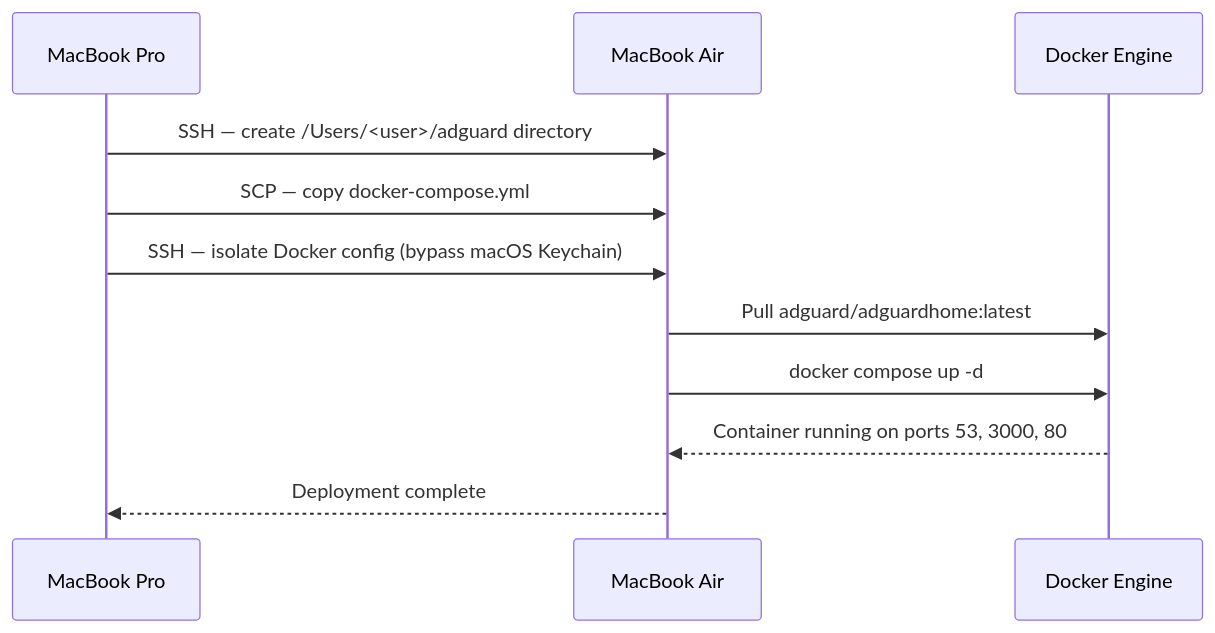
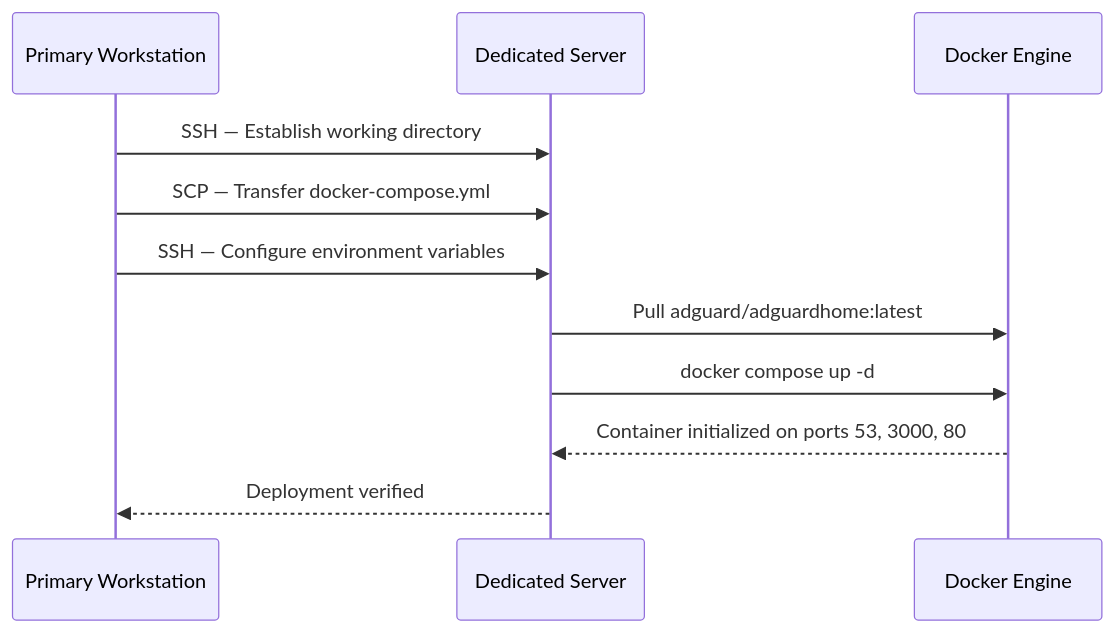
Before and after one commit to rani-nabulsi/DNS-deployment: the fourth of 4 diagrams in README.md, drawn with Mermaid. The commit also changed other lines of this file, not shown here.

````diff
--- a/README.md
+++ b/README.md
@@ -230,14 +216,14 @@
 ```mermaid
 sequenceDiagram
-    participant Pro as MacBook Pro
-    participant Air as MacBook Air
+    participant Workstation as Primary Workstation
+    participant Server as Dedicated Server
     participant Docker as Docker Engine
 
-    Pro->>Air: SSH — create /Users/<user>/adguard directory
-    Pro->>Air: SCP — copy docker-compose.yml
-    Pro->>Air: SSH — isolate Docker config (bypass macOS Keychain)
-    Air->>Docker: Pull adguard/adguardhome:latest
-    Air->>Docker: docker compose up -d
-    Docker-->>Air: Container running on ports 53, 3000, 80
-    Air-->>Pro: Deployment complete
+    Workstation->>Server: SSH — Establish working directory
+    Workstation->>Server: SCP — Transfer docker-compose.yml
+    Workstation->>Server: SSH — Configure environment variables
+    Server->>Docker: Pull adguard/adguardhome:latest
+    Server->>Docker: docker compose up -d
+    Docker-->>Server: Container initialized on ports 53, 3000, 80
+    Server-->>Workstation: Deployment verified
 ```
````
